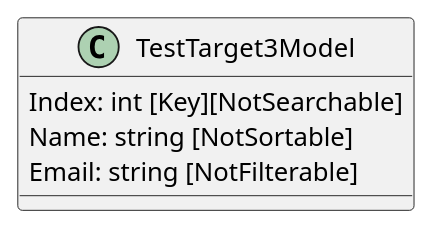
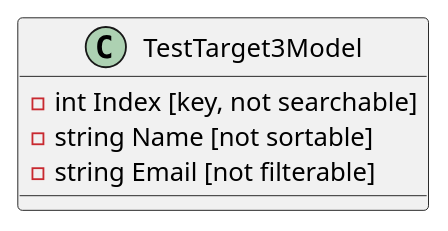
Before and after one commit to mwwhited-forks/dotnet-libs: the second of 5 diagrams in docs/generated/Framework/Eliassen.System.Tests/Linq/TestTargets/Documentation.md, drawn with PlantUML. The commit also changed other lines of this file and 444 other files, not shown here.

````diff
--- a/docs/generated/Framework/Eliassen.System.Tests/Linq/TestTargets/Documentation.md
+++ b/docs/generated/Framework/Eliassen.System.Tests/Linq/TestTargets/Documentation.md
@@ -51,10 +25,9 @@
 ```plantuml
 @startuml
 class TestTarget3Model {
-  Index: int [Key][NotSearchable]
-  Name: string [NotSortable]
-  Email: string [NotFilterable]
+    - int Index [key, not searchable]
+    - string Name [not sortable]
+    - string Email [not filterable]
 }
-
 @enduml
 ```
````
